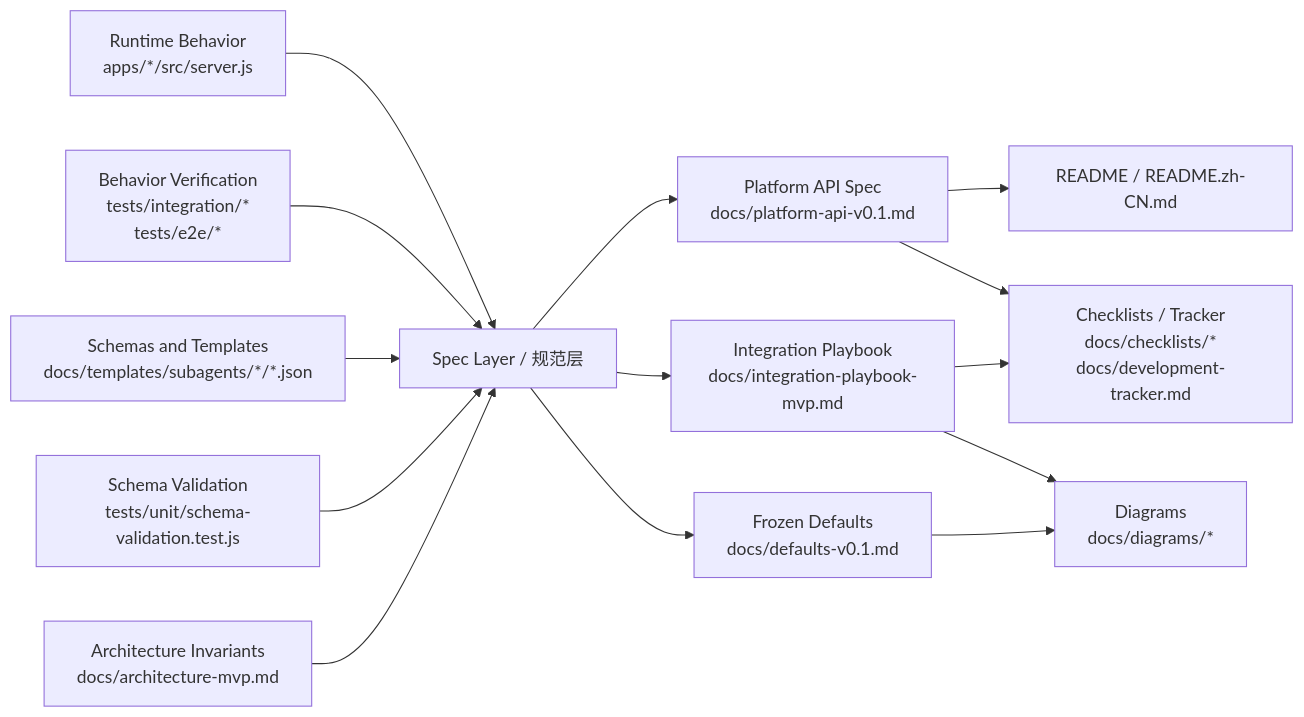
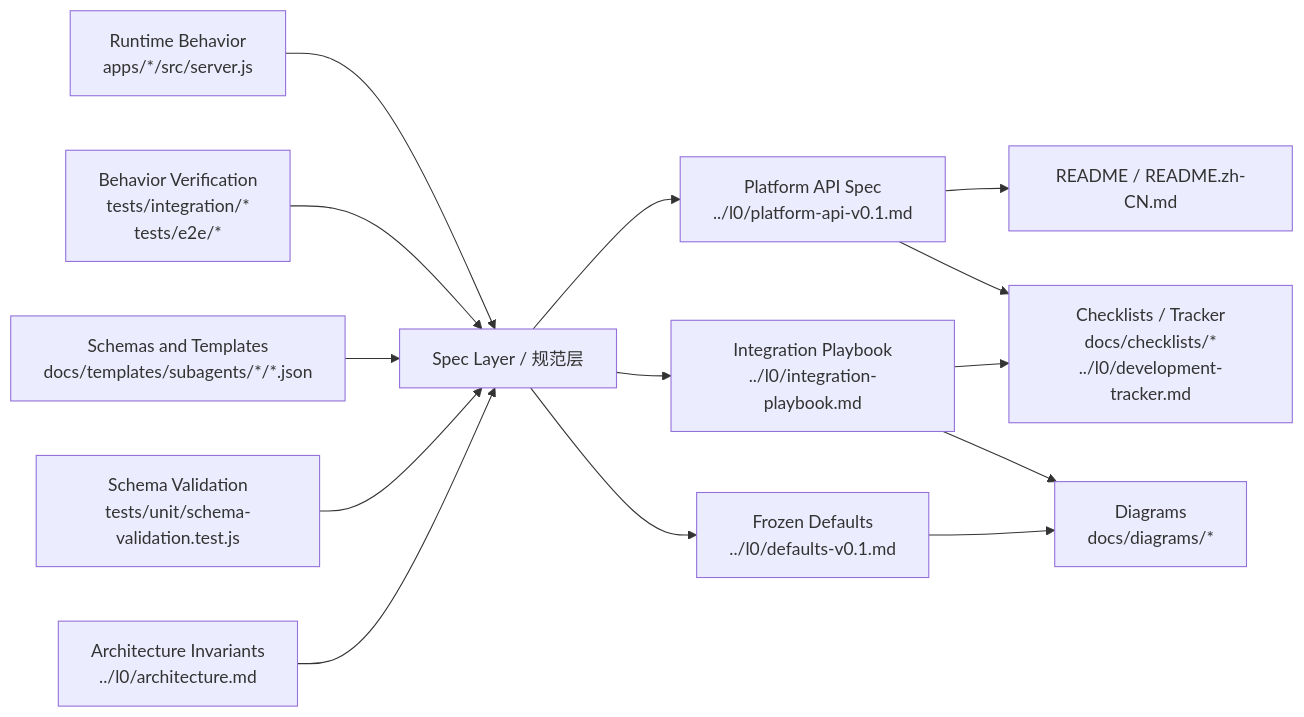
One commit to hejiajiudeeyu/remote-subagent-protocol changed the diagram in docs/diagrams/doc-truth-source-map.md. Above: the diagram before and after it, drawn with Mermaid. The commit also changed other lines of this file and 68 other files, not shown here.

````diff
--- a/docs/diagrams/doc-truth-source-map.md
+++ b/docs/diagrams/doc-truth-source-map.md
@@ -13,18 +13,18 @@
 ```mermaid
 flowchart LR
     C["Runtime Behavior<br/>apps/*/src/server.js"] --> S["Spec Layer / 规范层"]
     T["Behavior Verification<br/>tests/integration/*<br/>tests/e2e/*"] --> S
     J["Schemas and Templates<br/>docs/templates/subagents/*/*.json"] --> S
     U["Schema Validation<br/>tests/unit/schema-validation.test.js"] --> S
-    A["Architecture Invariants<br/>docs/architecture-mvp.md"] --> S
+    A["Architecture Invariants<br/>../l0/architecture.md"] --> S
 
-    S --> P["Platform API Spec<br/>docs/platform-api-v0.1.md"]
-    S --> I["Integration Playbook<br/>docs/integration-playbook-mvp.md"]
-    S --> D["Frozen Defaults<br/>docs/defaults-v0.1.md"]
+    S --> P["Platform API Spec<br/>../l0/platform-api-v0.1.md"]
+    S --> I["Integration Playbook<br/>../l0/integration-playbook.md"]
+    S --> D["Frozen Defaults<br/>../l0/defaults-v0.1.md"]
 
     P --> R["README / README.zh-CN.md"]
     I --> G["Diagrams<br/>docs/diagrams/*"]
     D --> G
-    P --> K["Checklists / Tracker<br/>docs/checklists/*<br/>docs/development-tracker.md"]
+    P --> K["Checklists / Tracker<br/>docs/checklists/*<br/>../l0/development-tracker.md"]
     I --> K
 ```
````
